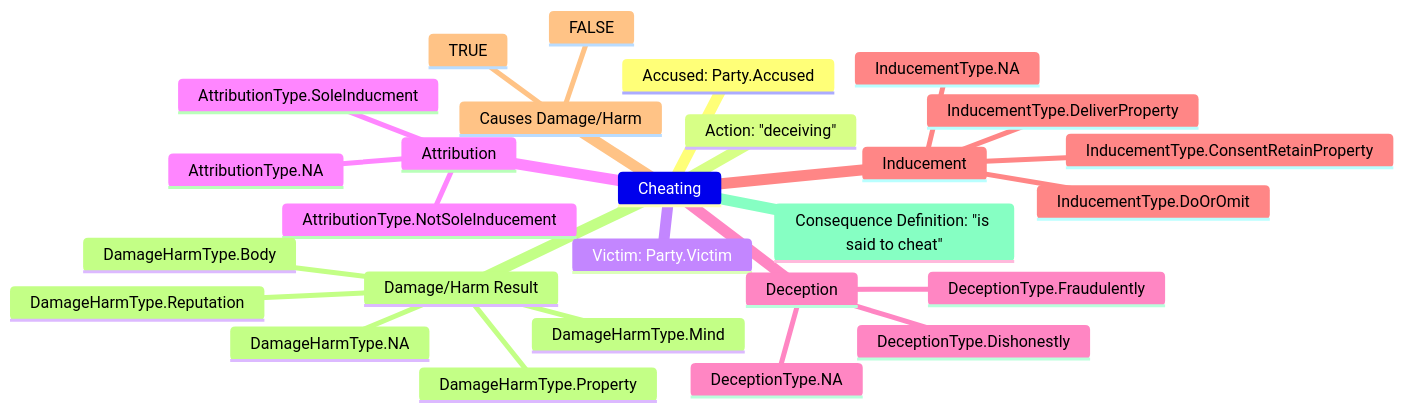
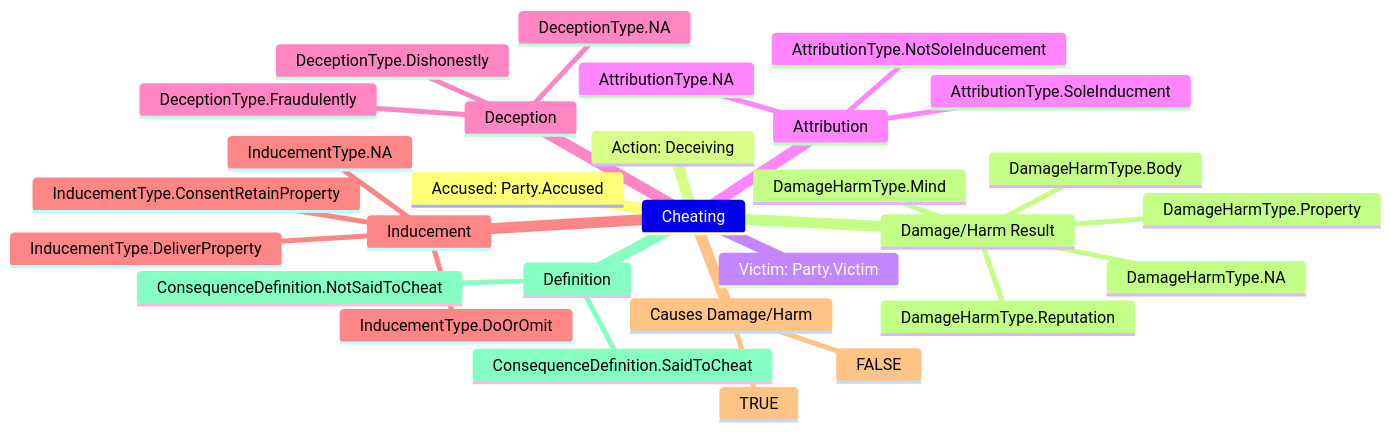
Before and after one commit to gongahkia/yuho: the first of 2 diagrams in doc/reworkedSampleCheating.md, drawn with Mermaid. The commit also changed 1 other file, not shown here.

````diff
--- a/doc/reworkedSampleCheating.md
+++ b/doc/reworkedSampleCheating.md
@@ -123,30 +123,32 @@
 ```mermaid
 mindmap
     Cheating
       Accused: Party.Accused
-      Action: "deceiving"
+      Action: Deceiving
       Victim: Party.Victim
       Attribution
         AttributionType.SoleInducment
         AttributionType.NotSoleInducement
         AttributionType.NA
       Deception
         DeceptionType.Fraudulently
         DeceptionType.Dishonestly
         DeceptionType.NA
       Inducement
         InducementType.DeliverProperty
         InducementType.ConsentRetainProperty
         InducementType.DoOrOmit
         InducementType.NA
       Causes Damage/Harm
         TRUE
         FALSE
       Damage/Harm Result
         DamageHarmType.Body
         DamageHarmType.Mind
         DamageHarmType.Reputation
         DamageHarmType.Property
         DamageHarmType.NA
-      Consequence Definition: "is said to cheat"
+      Definition
+        ConsequenceDefinition.SaidToCheat
+        ConsequenceDefinition.NotSaidToCheat
 ```
````
